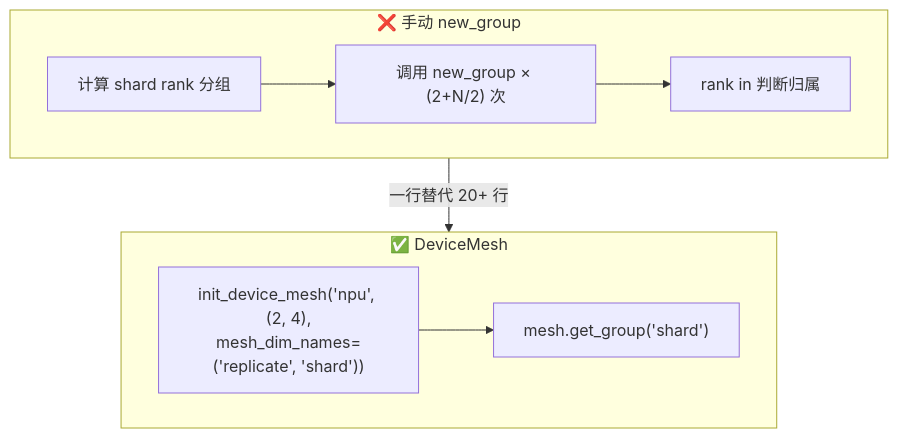
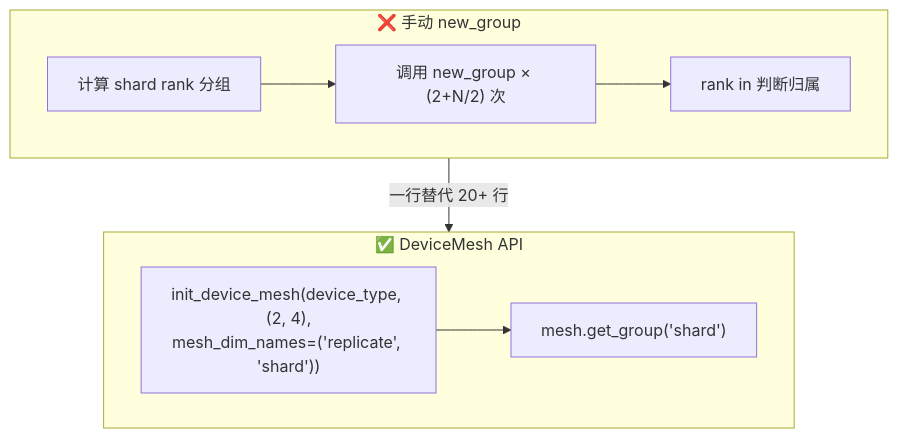
One commit to jianzhnie/ScaleTorch changed the first of 6 diagrams in docs/device_mesh.md. Above: the diagram before and after it, drawn with Mermaid. The commit also changed other lines of this file, not shown here.

````diff
--- a/docs/device_mesh.md
+++ b/docs/device_mesh.md
@@ -12,15 +12,15 @@
 ```mermaid
 graph TB
-    subgraph 手动方式["❌ 手动 new_group"]
+    subgraph manual["❌ 手动 new_group"]
         A1["计算 shard rank 分组"]
         A2["调用 new_group × (2+N/2) 次"]
         A3["rank in 判断归属"]
         A1 --> A2 --> A3
     end
-    subgraph DeviceMesh["✅ DeviceMesh"]
-        B1["init_device_mesh('npu', (2, 4),<br/>mesh_dim_names=('replicate', 'shard'))"]
+    subgraph api["✅ DeviceMesh API"]
+        B1["init_device_mesh(device_type, (2, 4),<br/>mesh_dim_names=('replicate', 'shard'))"]
         B2["mesh.get_group('shard')"]
         B1 --> B2
     end
-    手动方式 -->|"一行替代 20+ 行"| DeviceMesh
+    manual -->|"一行替代 20+ 行"| api
 ```
````
